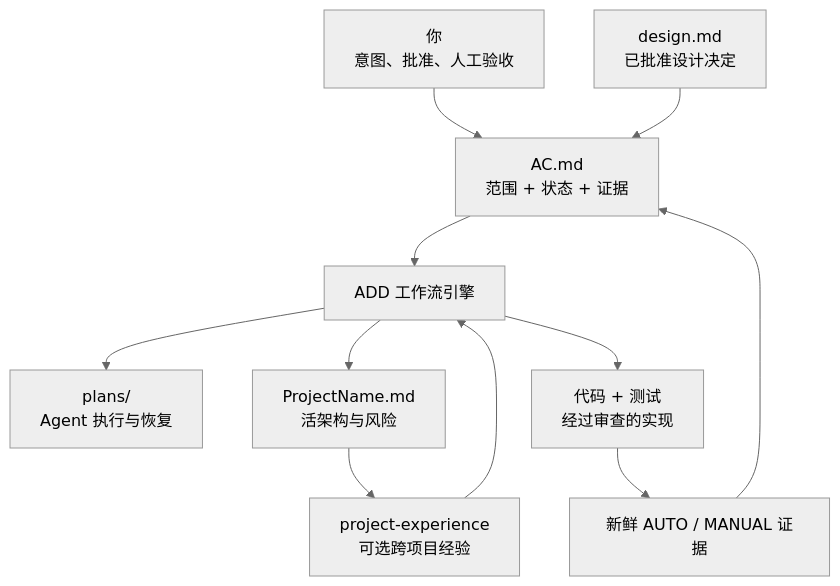
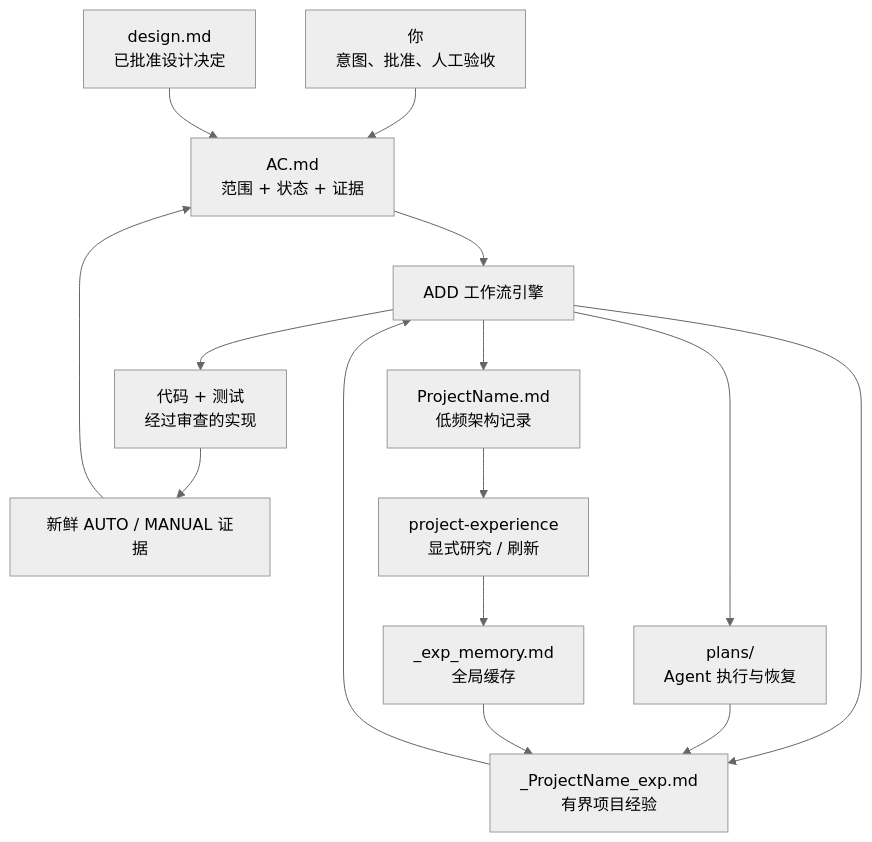
One commit to ZeusYue/acceptance-driven-development-skill changed the third of 3 diagrams in README-zh.md. Above: the diagram before and after it, drawn with Mermaid (neutral theme). The commit also changed other lines of this file and 19 other files, not shown here.

````diff
--- a/README-zh.md
+++ b/README-zh.md
@@ -132,13 +132,17 @@
 ```mermaid
 flowchart TB
     USER["你<br/>意图、批准、人工验收"] --> AC["AC.md<br/>范围 + 状态 + 证据"]
     DESIGN["design.md<br/>已批准设计决定"] --> AC
     AC --> ADD["ADD 工作流引擎"]
     ADD --> PLAN["plans/<br/>Agent 执行与恢复"]
     ADD --> CODE["代码 + 测试<br/>经过审查的实现"]
     CODE --> EVIDENCE["新鲜 AUTO / MANUAL 证据"]
     EVIDENCE --> AC
-    ADD --> PROJECT["ProjectName.md<br/>活架构与风险"]
-    PROJECT --> EXPERIENCE["project-experience<br/>可选跨项目经验"]
-    EXPERIENCE --> ADD
+    ADD --> CAPSULE["_ProjectName_exp.md<br/>有界项目经验"]
+    PLAN --> CAPSULE
+    CAPSULE --> ADD
+    ADD --> PROJECT["ProjectName.md<br/>低频架构记录"]
+    PROJECT --> EXPERIENCE["project-experience<br/>显式研究 / 刷新"]
+    EXPERIENCE --> GLOBAL["_exp_memory.md<br/>全局缓存"]
+    GLOBAL --> CAPSULE
 ```
````
